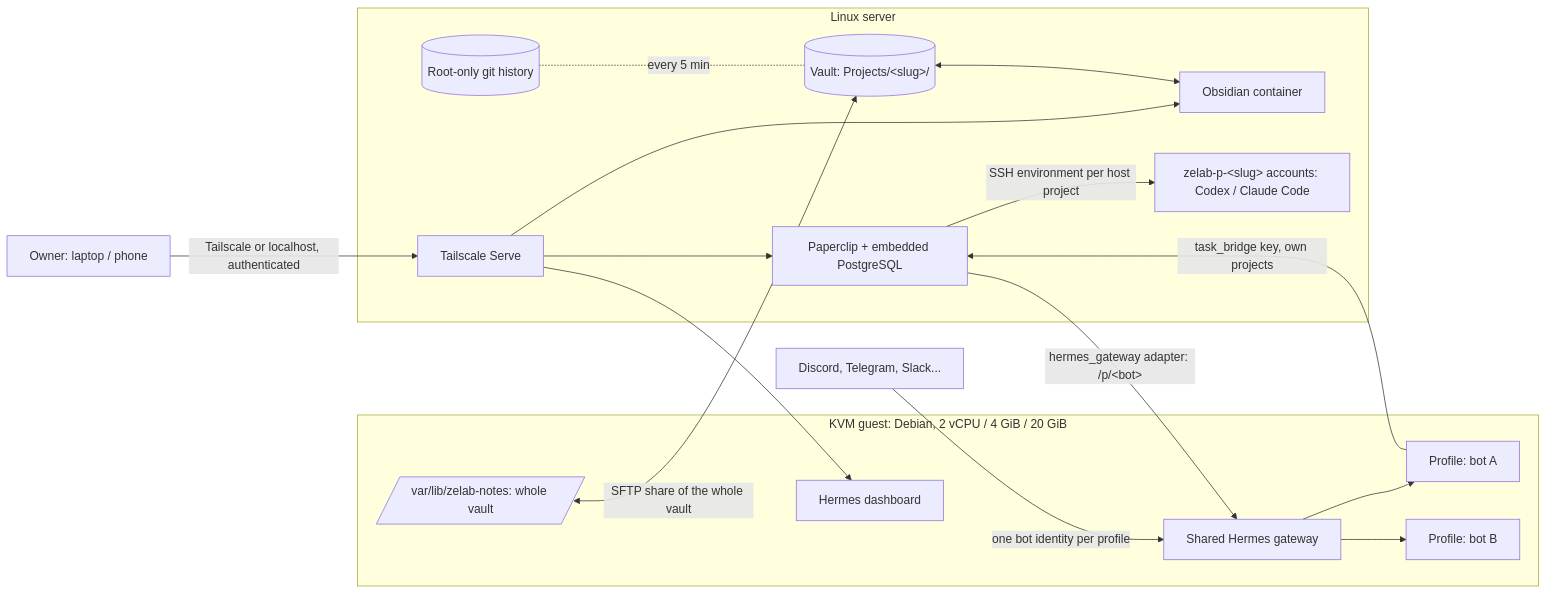
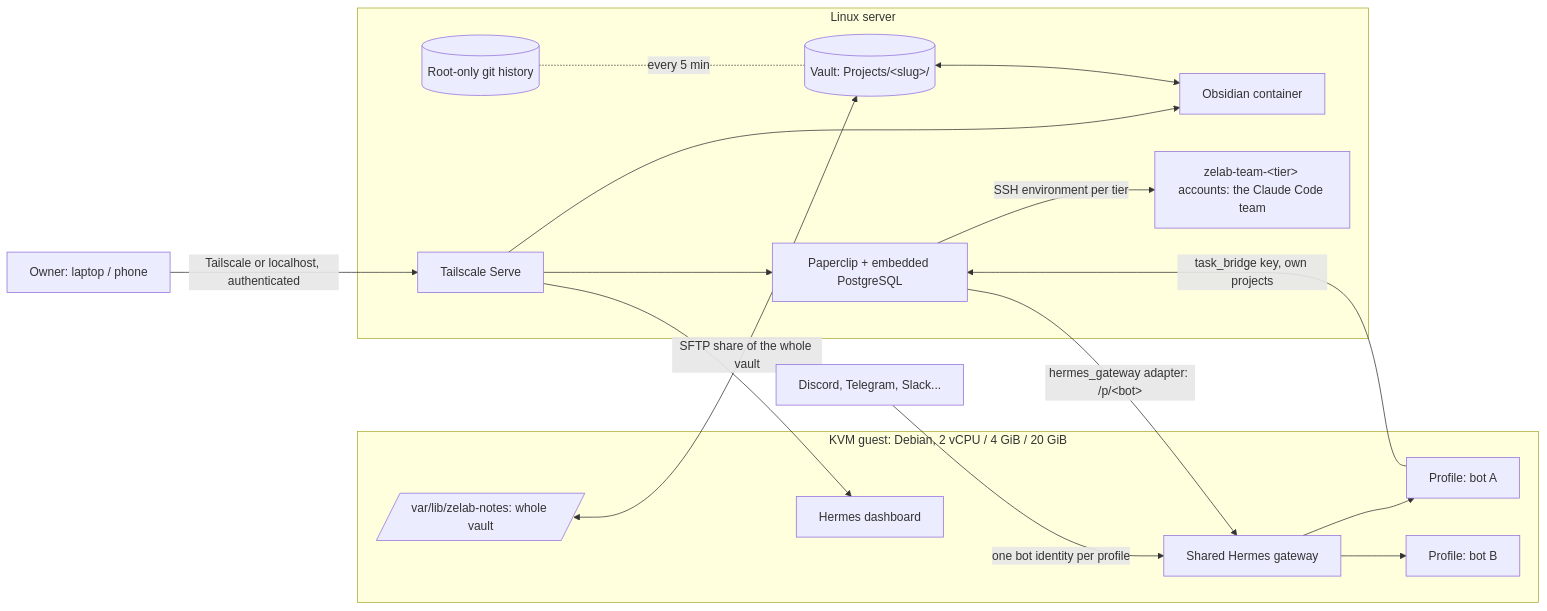
Before and after one commit to Bboissen/Zelab: the diagram in docs/ARCHITECTURE.md, drawn with Mermaid. The commit also changed other lines of this file and 36 other files, not shown here.

````diff
--- a/docs/ARCHITECTURE.md
+++ b/docs/ARCHITECTURE.md
@@ -3,23 +3,23 @@
 ```mermaid
 flowchart LR
   Owner[Owner: laptop / phone] -->|Tailscale or localhost, authenticated| UIs
   Chat[Discord, Telegram, Slack...] -->|one bot identity per profile| Gateway
   subgraph VM[KVM guest: Debian, 2 vCPU / 4 GiB / 20 GiB]
     Gateway[Shared Hermes gateway]
     Gateway --> P1[Profile: bot A]
     Gateway --> P2[Profile: bot B]
     HermesUI[Hermes dashboard]
     Mount[/var/lib/zelab-notes: whole vault/]
   end
   subgraph Host[Linux server]
     UIs[Tailscale Serve] --> Paperclip
     UIs --> Obsidian[Obsidian container]
     UIs --> HermesUI
-    Paperclip[Paperclip + embedded PostgreSQL] -->|SSH environment per host project| Accounts[zelab-p-&lt;slug&gt; accounts: Codex / Claude Code]
+    Paperclip[Paperclip + embedded PostgreSQL] -->|SSH environment per tier| Accounts[zelab-team-&lt;tier&gt; accounts: the Claude Code team]
     Vault[(Vault: Projects/&lt;slug&gt;/)] <--> Obsidian
     History[(Root-only git history)] -. every 5 min .- Vault
   end
   P1 -->|task_bridge key, own projects| Paperclip
   Paperclip -->|hermes_gateway adapter: /p/&lt;bot&gt;| Gateway
   Mount <-->|SFTP share of the whole vault| Vault
 ```
````
